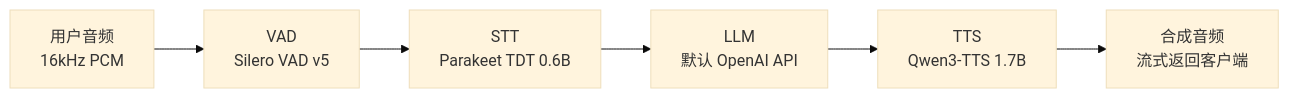
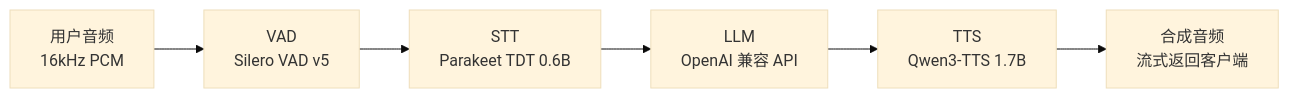
The diagram in content/posts/tech/huggingface-speech-to-speech-voice-agent-pipeline.md (A1pha3/text-matrix), drawn with Mermaid (base theme) before and after one commit. The commit also changed other lines of this file and 30 other files, not shown here.

````diff
--- a/content/posts/tech/huggingface-speech-to-speech-voice-agent-pipeline.md
+++ b/content/posts/tech/huggingface-speech-to-speech-voice-agent-pipeline.md
@@ -24,8 +22,8 @@
 ```mermaid
 flowchart LR
     A["用户音频<br/>16kHz PCM"] --> B["VAD<br/>Silero VAD v5"]
     B --> C["STT<br/>Parakeet TDT 0.6B"]
-    C --> D["LLM<br/>默认 OpenAI API"]
+    C --> D["LLM<br/>OpenAI 兼容 API"]
     D --> E["TTS<br/>Qwen3-TTS 1.7B"]
     E --> F["合成音频<br/>流式返回客户端"]
 ```
````
